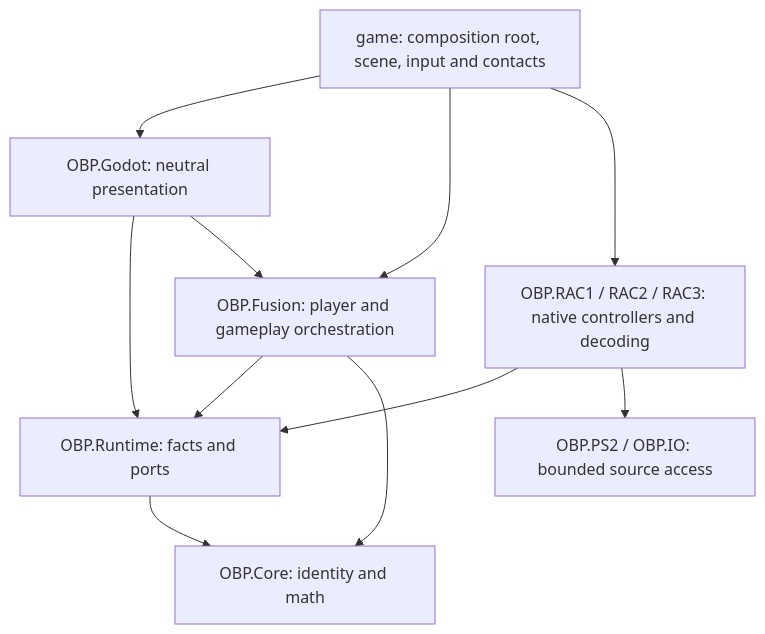
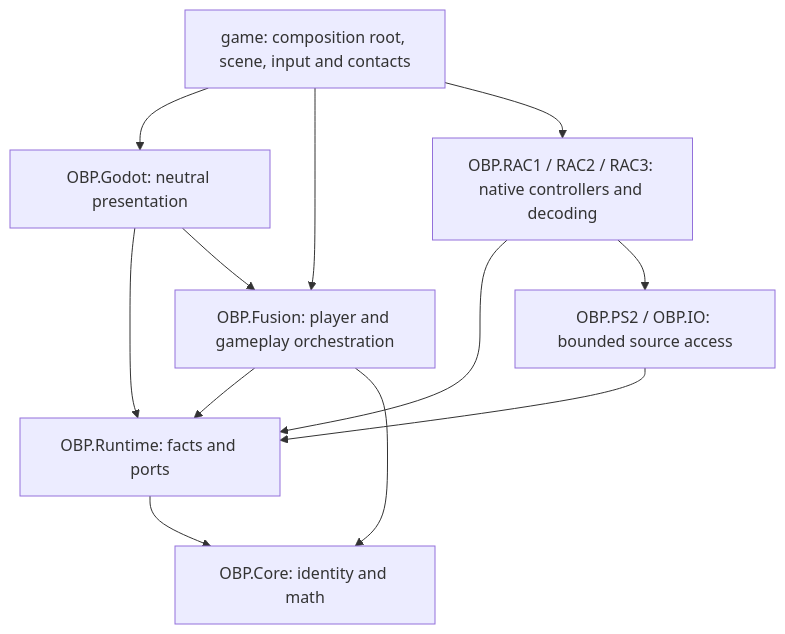
One commit to je55pr/one-big-package changed the diagram in docs/PLAYER_WORLD_CONTRACT.md. Above: the diagram before and after it, drawn with Mermaid. The commit also changed other lines of this file and 12 other files, not shown here.

````diff
--- a/docs/PLAYER_WORLD_CONTRACT.md
+++ b/docs/PLAYER_WORLD_CONTRACT.md
@@ -35,13 +39,14 @@
 ```mermaid
 flowchart TD
     Runtime[OBP.Runtime: facts and ports] --> Core[OBP.Core: identity and math]
     Fusion[OBP.Fusion: player and gameplay orchestration] --> Runtime
     Fusion --> Core
     RAC[OBP.RAC1 / RAC2 / RAC3: native controllers and decoding] --> Runtime
     RAC --> PS2[OBP.PS2 / OBP.IO: bounded source access]
+    PS2 --> Runtime
     Presentation[OBP.Godot: neutral presentation] --> Runtime
     Presentation --> Fusion
     Host[game: composition root, scene, input and contacts] --> Presentation
     Host --> Fusion
     Host --> RAC
 ```
````
